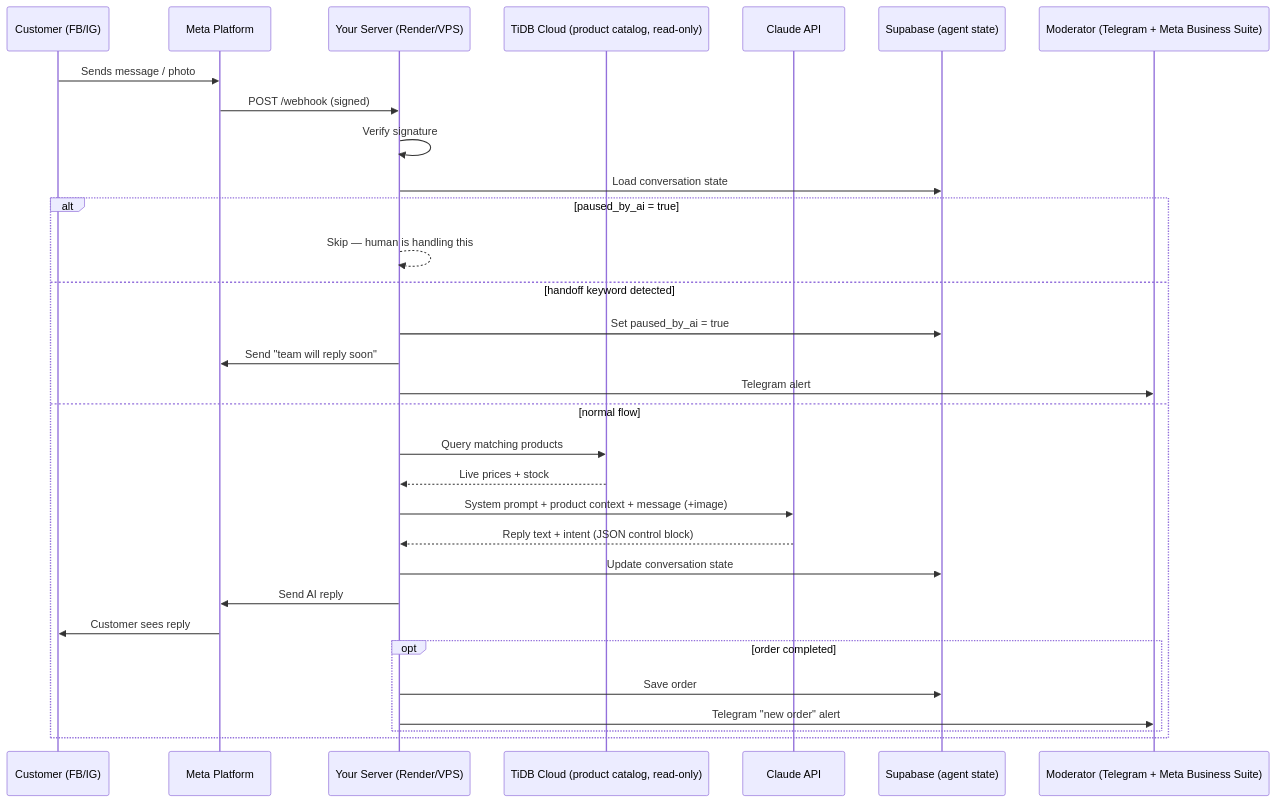
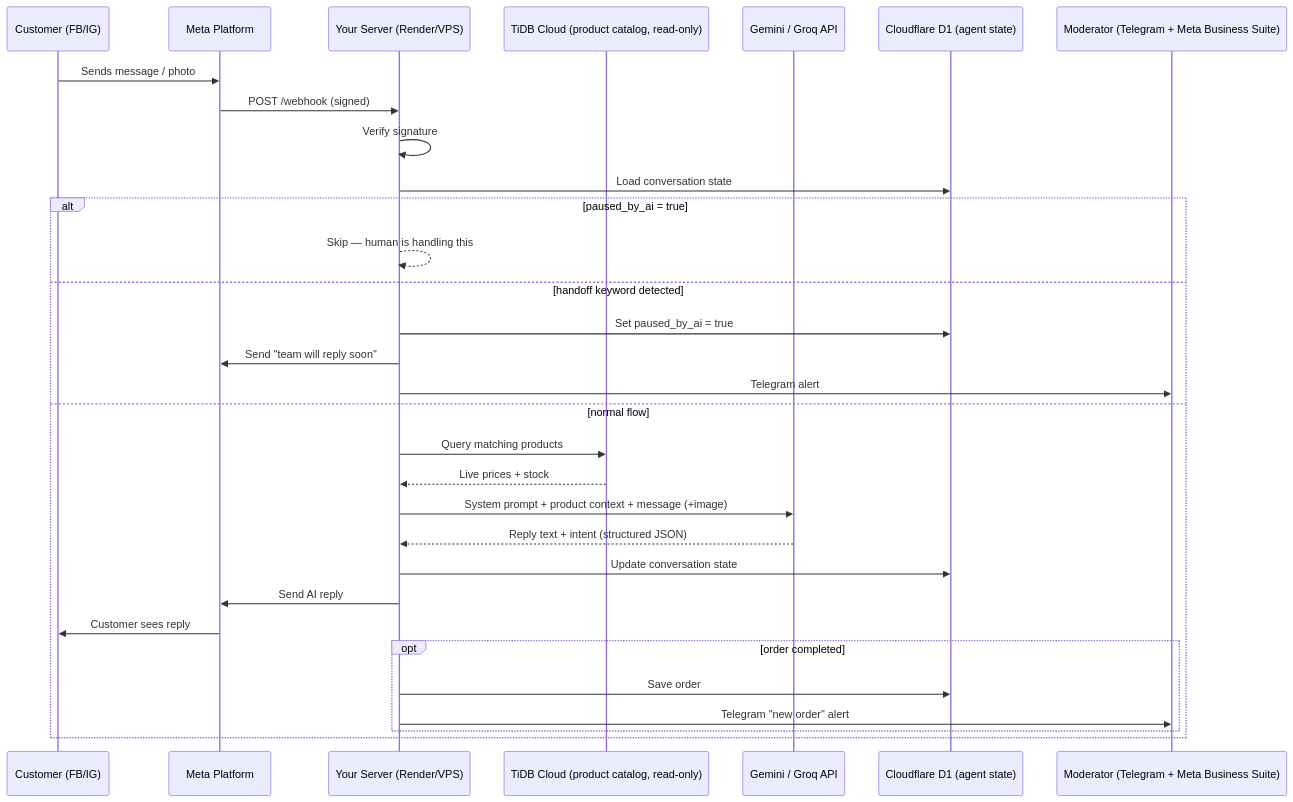
Before and after one commit to zihad2003/bigbazar_agent: the diagram in README.md, drawn with Mermaid. The commit also changed other lines of this file and 14 other files, not shown here.

````diff
--- a/README.md
+++ b/README.md
@@ -9,34 +9,34 @@
 ```mermaid
 sequenceDiagram
     participant C as Customer (FB/IG)
     participant M as Meta Platform
     participant S as Your Server (Render/VPS)
     participant T as TiDB Cloud (product catalog, read-only)
-    participant A as Claude API
-    participant D as Supabase (agent state)
+    participant A as Gemini / Groq API
+    participant D as Cloudflare D1 (agent state)
     participant H as Moderator (Telegram + Meta Business Suite)
 
     C->>M: Sends message / photo
     M->>S: POST /webhook (signed)
     S->>S: Verify signature
     S->>D: Load conversation state
     alt paused_by_ai = true
         S-->>S: Skip — human is handling this
     else handoff keyword detected
         S->>D: Set paused_by_ai = true
         S->>M: Send "team will reply soon"
         S->>H: Telegram alert
     else normal flow
         S->>T: Query matching products
         T-->>S: Live prices + stock
         S->>A: System prompt + product context + message (+image)
-        A-->>S: Reply text + intent (JSON control block)
+        A-->>S: Reply text + intent (structured JSON)
         S->>D: Update conversation state
         S->>M: Send AI reply
         M->>C: Customer sees reply
         opt order completed
             S->>D: Save order
             S->>H: Telegram "new order" alert
         end
     end
 ```
````
